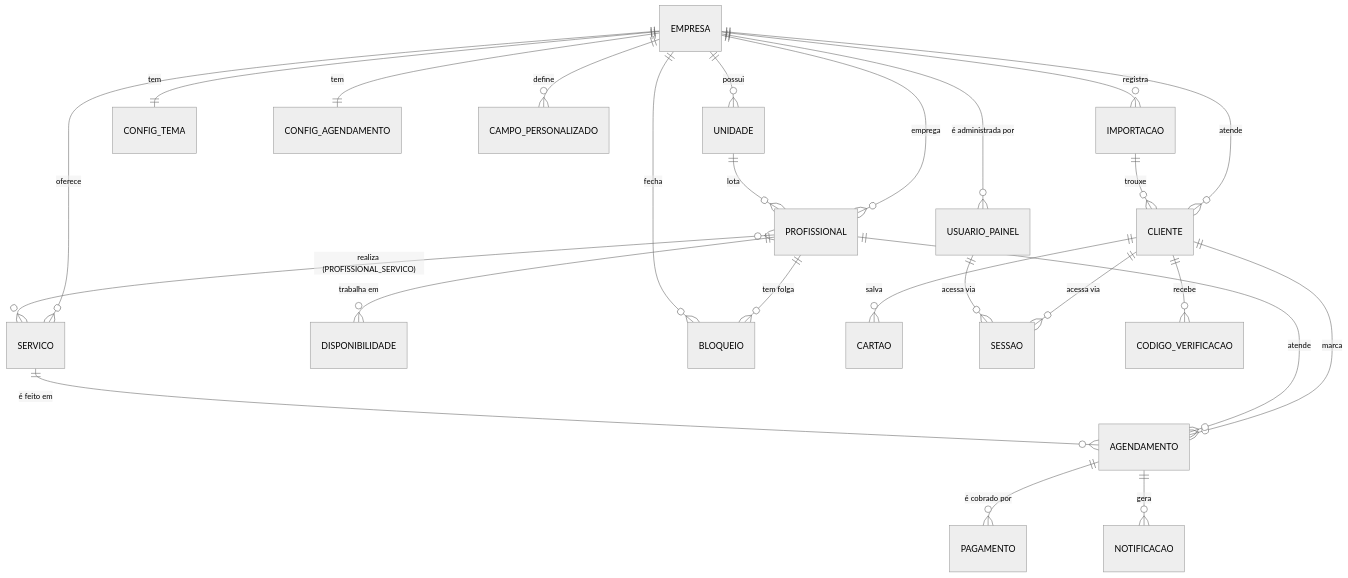
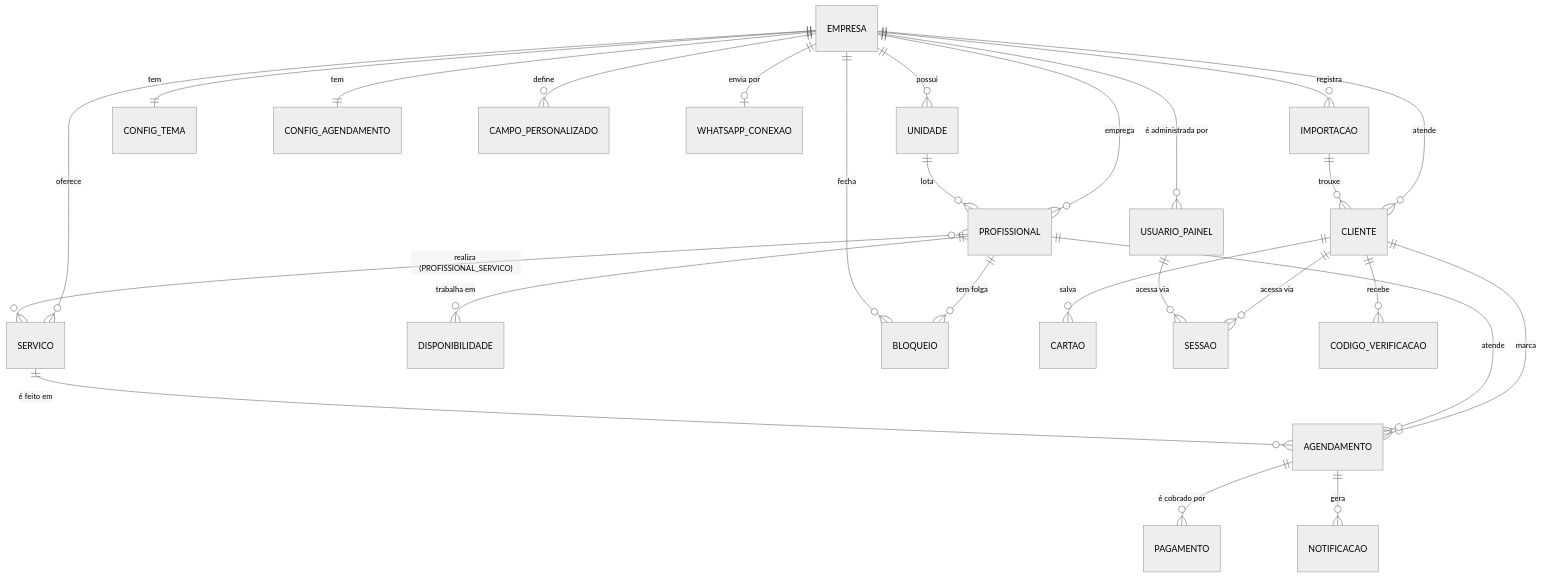
The diagram in docs/MODELO_DE_DADOS.md (nicollasoliv7/App-Barber-Agendamentos), drawn with Mermaid (neutral theme) before and after one commit. The commit also changed other lines of this file and 35 other files, not shown here.

````diff
--- a/docs/MODELO_DE_DADOS.md
+++ b/docs/MODELO_DE_DADOS.md
@@ -8,27 +8,28 @@
 ```mermaid
 erDiagram
   EMPRESA ||--o{ UNIDADE : possui
   EMPRESA ||--o{ USUARIO_PAINEL : "é administrada por"
   EMPRESA ||--o{ SERVICO : oferece
   EMPRESA ||--o{ PROFISSIONAL : emprega
   EMPRESA ||--o{ CLIENTE : atende
   EMPRESA ||--|| CONFIG_TEMA : tem
   EMPRESA ||--|| CONFIG_AGENDAMENTO : tem
   EMPRESA ||--o{ CAMPO_PERSONALIZADO : define
   UNIDADE ||--o{ PROFISSIONAL : lota
   PROFISSIONAL }o--o{ SERVICO : "realiza (PROFISSIONAL_SERVICO)"
   PROFISSIONAL ||--o{ DISPONIBILIDADE : "trabalha em"
   PROFISSIONAL ||--o{ BLOQUEIO : "tem folga"
   EMPRESA ||--o{ BLOQUEIO : "fecha"
   CLIENTE ||--o{ AGENDAMENTO : marca
   PROFISSIONAL ||--o{ AGENDAMENTO : atende
   SERVICO ||--o{ AGENDAMENTO : "é feito em"
   AGENDAMENTO ||--o{ PAGAMENTO : "é cobrado por"
   CLIENTE ||--o{ CARTAO : salva
   CLIENTE ||--o{ SESSAO : "acessa via"
   USUARIO_PAINEL ||--o{ SESSAO : "acessa via"
   AGENDAMENTO ||--o{ NOTIFICACAO : gera
+  EMPRESA ||--o| WHATSAPP_CONEXAO : "envia por"
   CLIENTE ||--o{ CODIGO_VERIFICACAO : recebe
   EMPRESA ||--o{ IMPORTACAO : registra
   IMPORTACAO ||--o{ CLIENTE : "trouxe"
 ```
````
